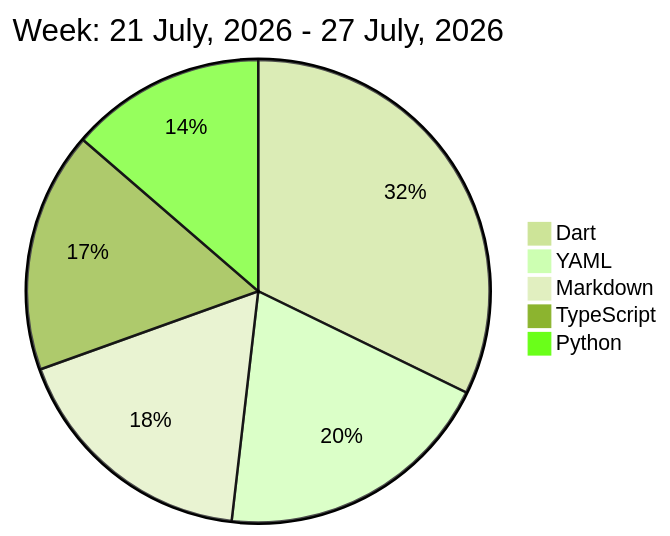
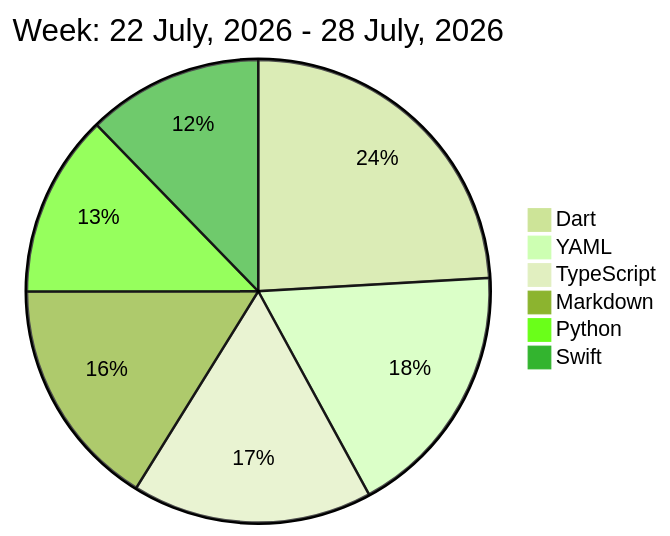
Before and after one commit to liubin95/liubin95: the diagram in README.md, drawn with Mermaid (forest theme).

Commit message:
Updated the Graph with new Metrics

````diff
--- a/README.md
+++ b/README.md
@@ -32,9 +32,10 @@
 ```mermaid
  pie
-title Week: 21 July, 2026 - 27 July, 2026
- "Dart" : 6.32
- "YAML" : 3.85
- "Markdown" : 3.47
- "TypeScript" : 3.3
- "Python" : 2.68
+title Week: 22 July, 2026 - 28 July, 2026
+ "Dart" : 4.85
+ "YAML" : 3.62
+ "TypeScript" : 3.38
+ "Markdown" : 3.25
+ "Python" : 2.57
+ "Swift" : 2.47
 ```
````
